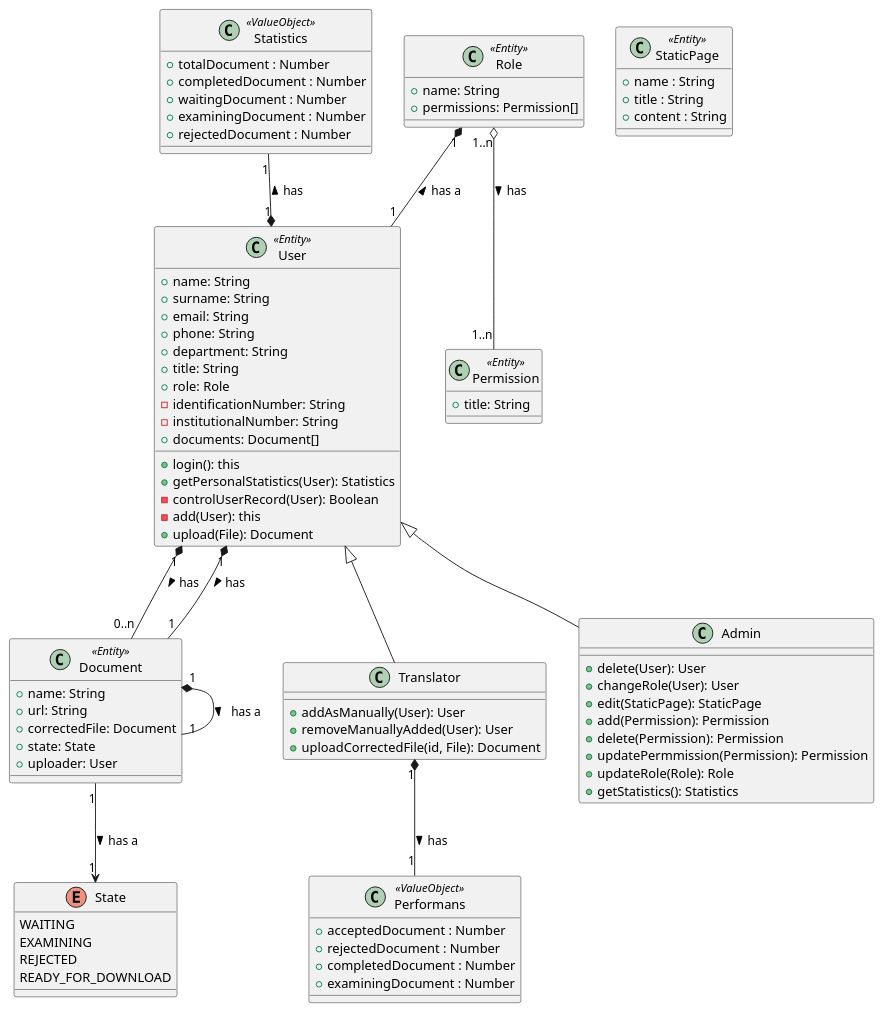
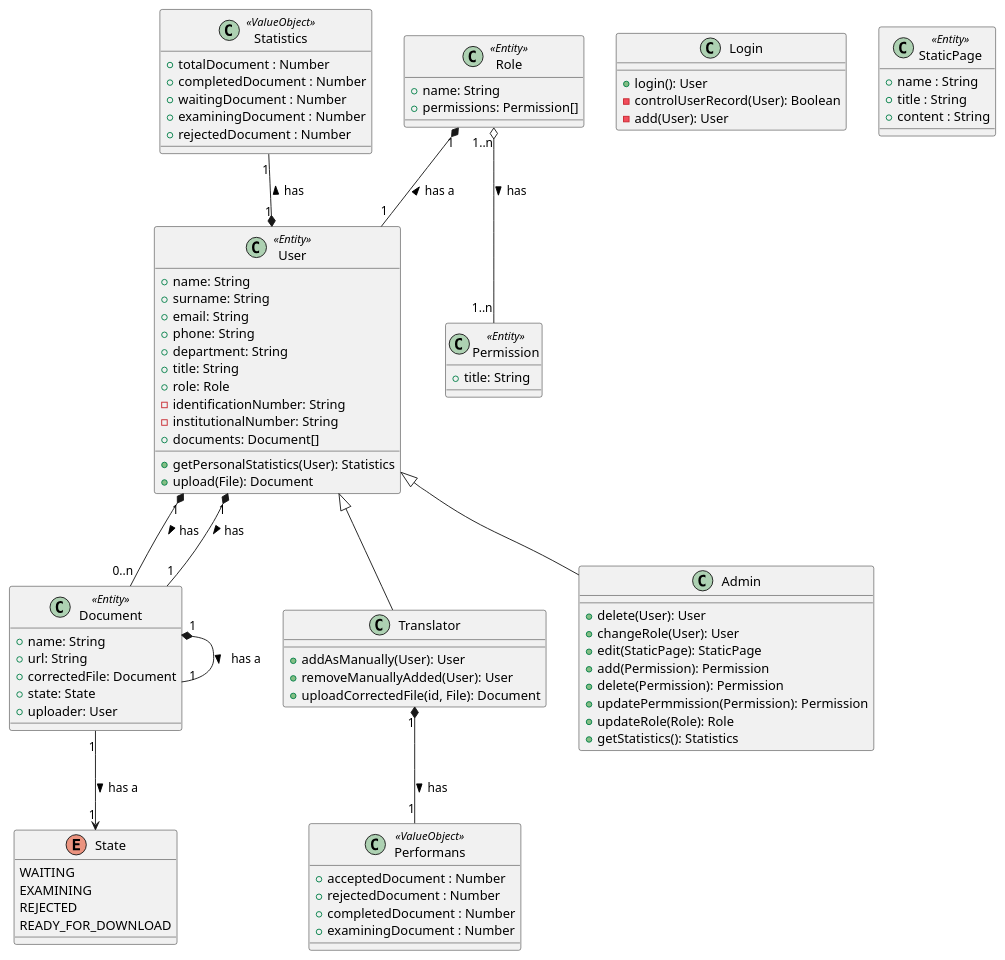
One commit to uygaraydin/academic-paper-proofreading changed the diagram in class-diagram.puml. Above: the diagram before and after it, drawn with PlantUML. The commit also changed 1 other file, not shown here.

Commit message:
update diagram

```diff
--- a/class-diagram.puml
+++ b/class-diagram.puml
@@ -1,96 +1,99 @@
 @startuml APP
 
 class User <<Entity>> {
   + name: String
   + surname: String
   + email: String
   + phone: String
   + department: String
   + title: String
   + role: Role
   - identificationNumber: String
   - institutionalNumber: String
   + documents: Document[]
-  + login(): this
   + getPersonalStatistics(User): Statistics
+  + upload(File): Document
+}
+
+class Login {
+  + login(): User
   - controlUserRecord(User): Boolean
-  - add(User): this
-  + upload(File): Document
+  - add(User): User
 }
 
 class Translator {
   + addAsManually(User): User
   + removeManuallyAdded(User): User
   + uploadCorrectedFile(id, File): Document
 }
 
 class Admin {
   + delete(User): User
   + changeRole(User): User
   + edit(StaticPage): StaticPage
   + add(Permission): Permission
   + delete(Permission): Permission
   + updatePermmission(Permission): Permission
   + updateRole(Role): Role
   + getStatistics(): Statistics
 }
 
 class Statistics <<ValueObject>> {
   + totalDocument : Number
   + completedDocument : Number
   + waitingDocument : Number
   + examiningDocument : Number
   + rejectedDocument : Number
 }
 
 class Performans <<ValueObject>> {
   + acceptedDocument : Number
   + rejectedDocument : Number
   + completedDocument : Number
   + examiningDocument : Number
 }
 
 class StaticPage <<Entity>> {
   + name : String
   + title : String
   + content : String
 }
 
 class Document <<Entity>> {
   + name: String
   + url: String
   + correctedFile: Document
   + state: State
   + uploader: User
 }
 
 class Role <<Entity>> {
   + name: String
   + permissions: Permission[]
 }
 
 class Permission <<Entity>> {
   + title: String
 }
 
 enum State {
   WAITING
   EXAMINING
   REJECTED
   READY_FOR_DOWNLOAD
 }
 
 
 Translator -up-|> User
 Admin -up-|> User
 User "1" *-- "0..n" Document : has >
 User "1" *-up- "1" Document : has >
 Document "1" --> "1" State : has a >
 Document "1" *-- "1" Document : has a >
 Role "1" *-- "1" User : has a <
 Role "1..n" o-- "1..n" Permission : has >
 User "1" *-up- "1" Statistics : has >
 Translator "1" *-- "1" Performans : has >
 
 
 @enduml
```
